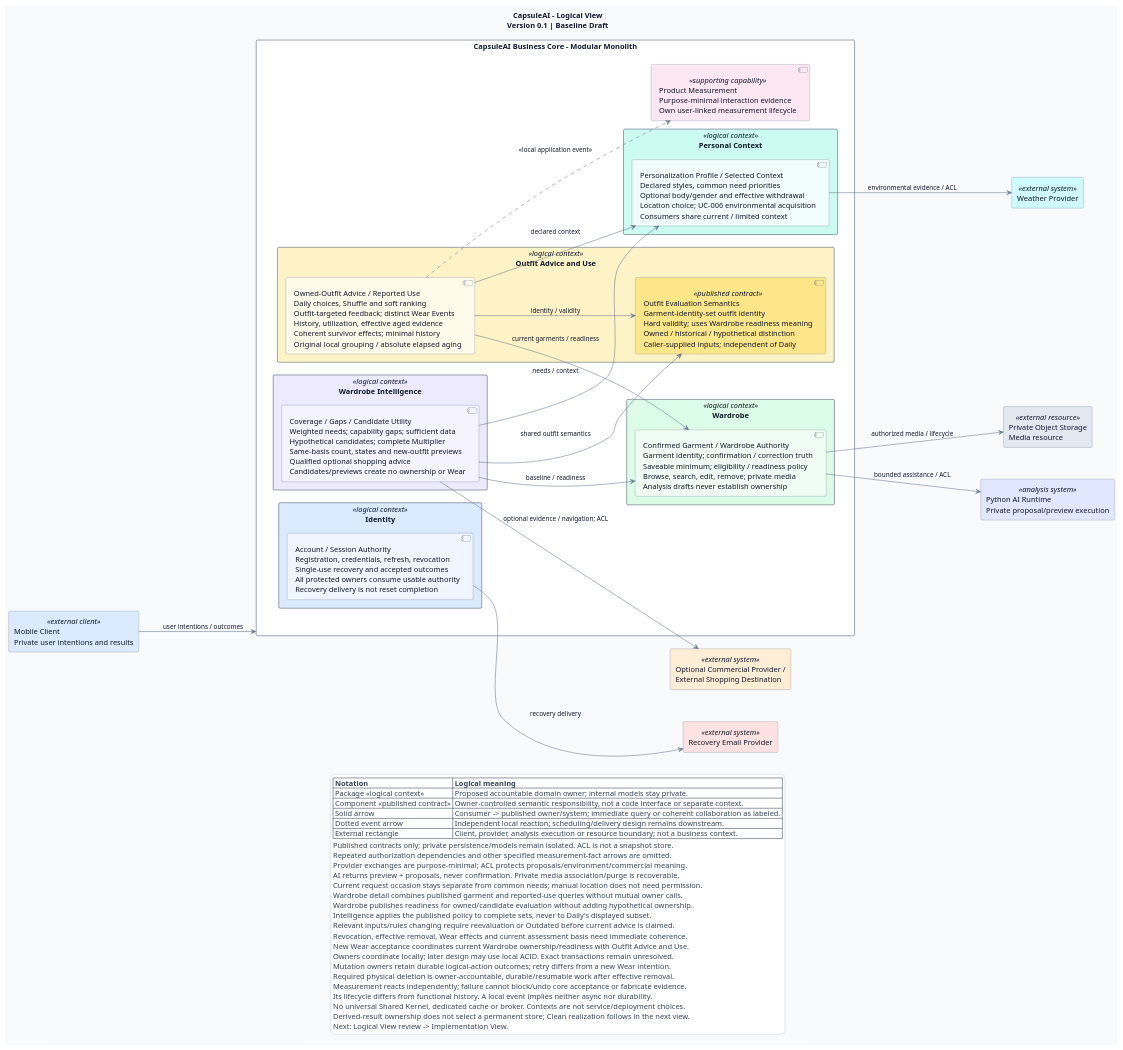
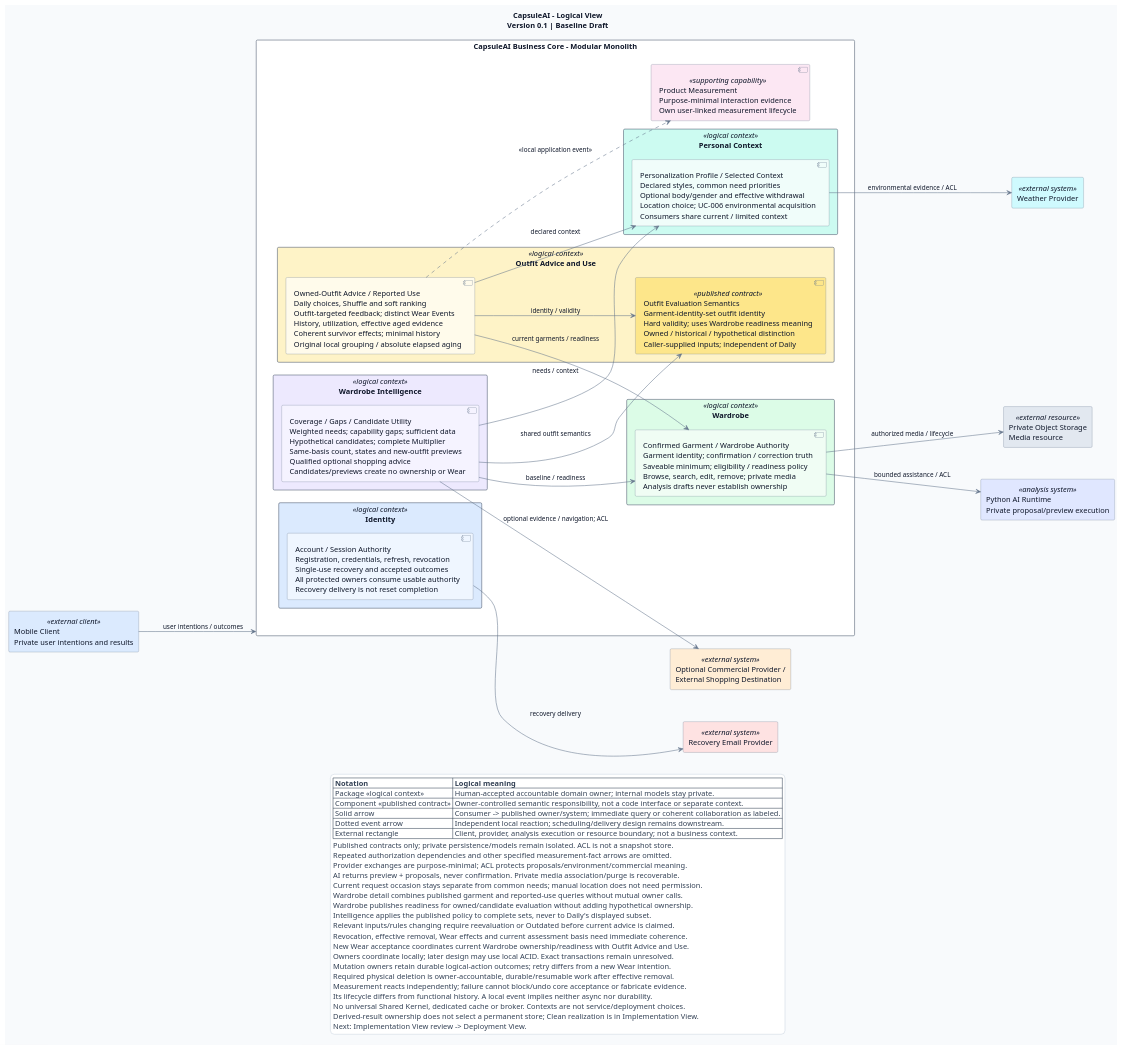
Before and after one commit to luubinhdeptrai/CapsuleAI: the diagram in docs/04-architecture/views/logical-view.puml, drawn with PlantUML. The commit also changed 8 other files, not shown here.

Commit message:
add Implementation view

```diff
--- a/docs/04-architecture/views/logical-view.puml
+++ b/docs/04-architecture/views/logical-view.puml
@@ -1,141 +1,142 @@
 @startuml
 ' Artifact: CapsuleAI Logical View
 ' Version: 0.1; Status: Baseline Draft; Date: 2026-10-10
 ' Source: ADD v0.1 + Selected Architecture Decisions v0.1.1 (ADA-001-018 Selected)
 ' Source versions are authoring baselines; navigation-only patches leave their meaning unchanged.
-' Scope: logical/domain responsibilities only; proposed boundaries for human review.
+' Scope: logical/domain responsibilities only; decomposition accepted by the human, 2026-10-10.
+' Navigation update only: Implementation View v0.1 exists; logical owners/dependencies unchanged.
 ' Note: not deployment, source-code/package, physical-data or detailed-contract design.
 ' Process: Initial files/CapsuleAI_Scrum_Development_Workflow.md, Sections 21/39-43/46.
 ' Requirements: BRD v0.3; PRD v0.2; SRS v0.3; Business Rules v0.1.2.
 ' Architecture: ADD Sections 3/5-10/12-13; ASR-SEC-001/002, REL-001/002,
 ' CON-001, PERF-001, INT-001, USE-001, TEST-001; existing QA scenarios unchanged.
 ' Whole repository re-read; per-boundary SRS/rules and all 23 UCs re-read before allocation.
 '
 ' Domain reasoning: capabilities -> invariants -> language -> owners -> boundaries -> contracts.
 ' Identity: CAP-01; UC-001-004/AD-004; FR-AUTH; BRULE-AUTH; DATA-AUTH-001/002/005.
 ' Separate access/recovery from optional advice context; profile completeness never gates access.
 ' Personal Context: CAP-01; UC-005/006/AD-006; FR-PROF/WEATHER; BRULE-PROF.
 ' Keep selected environmental acquisition with personal context; no Weather bounded context.
 ' Wardrobe: CAP-02-04; UC-007-010/AD-007; FR-AI/GAR/WAR; BRULE-GAR; DATA-GAR.
 ' AI assistance and media lifecycle stay inside the confirmed-garment owner's responsibility.
 ' Outfit Advice and Use: CAP-05/06 + reported-use CAP-07; UC-011-018;
 ' AD-011/012/014/016/017; BRULE-OUT/PERS/WEAR/HIST; DATA-OUT/WEAR/HIST.
 ' Combine styling and behavior to keep exact targets, survivor effects and ranking coherent,
 ' avoiding mutual context calls; semantic evaluation is published separately within this owner.
 ' Wardrobe Intelligence: Coverage CAP-07 + CAP-08-10; UC-019-023;
 ' AD-019/020/021/022; BRULE-COV/GAP/MULT/SHOP; DATA-ANL-001-004.
 ' Keep capability gaps and complete candidate utility together; no separate Catalog/Commerce BC.
 ' Product Measurement: supporting responsibility, FR-MET-001-007/DATA-RET-003; no actor goal.
 ' Extraction review: Identity adds current-authority remote coupling; Context adds freshness/
 ' withdrawal coupling; Wardrobe adds confirmation/removal/media coherence; Outfit adds current
 ' wardrobe/context acceptance and basis coupling; Intelligence adds same-basis contract coupling.
 ' These are local collaborators today, not service assignments; no independent extraction driver.
 ' Review uncertainty: combined Outfit Advice and Use may merit later separation only with real
 ' change/ownership evidence; preserve one identity/validity owner and immediate survivor effects.
 
 title CapsuleAI - Logical View\nVersion 0.1 | Baseline Draft
 left to right direction
 skinparam monochrome false
 skinparam shadowing false
 skinparam backgroundColor #F8FAFC
 skinparam ArrowColor #64748B
 skinparam defaultFontColor #0F172A
 skinparam rectangle {
   BackgroundColor #F1F5F9
   BorderColor #64748B
   FontColor #0F172A
 }
 skinparam package {
   BorderColor #475569
   FontColor #0F172A
 }
 skinparam component {
   BorderColor #64748B
   FontColor #0F172A
 }
 skinparam legend {
   BackgroundColor #FFFFFF
   BorderColor #CBD5E1
   FontColor #334155
 }
 skinparam packageStyle rectangle
 skinparam componentStyle uml2
 skinparam defaultFontSize 14
 skinparam ArrowFontSize 12
 skinparam nodesep 60
 skinparam ranksep 90
 
 rectangle "Mobile Client\nPrivate user intentions and results" as Mobile <<external client>> #DBEAFE
 rectangle "Recovery Email Provider" as Email <<external system>> #FEE2E2
 rectangle "Weather Provider" as Weather <<external system>> #CFFAFE
 rectangle "Python AI Runtime\nPrivate proposal/preview execution" as AI <<analysis system>> #E0E7FF
 rectangle "Private Object Storage\nMedia resource" as Media <<external resource>> #E2E8F0
 rectangle "Optional Commercial Provider /\nExternal Shopping Destination" as Shopping <<external system>> #FFEDD5
 
 rectangle "CapsuleAI Business Core - Modular Monolith" as Core #FFFFFF {
     package "Identity" as Identity <<logical context>> #DBEAFE {
         component "Account / Session Authority\nRegistration, credentials, refresh, revocation\nSingle-use recovery and accepted outcomes\nAll protected owners consume usable authority\nRecovery delivery is not reset completion" as Access #EFF6FF
     }
     package "Personal Context" as Context <<logical context>> #CCFBF1 {
         component "Personalization Profile / Selected Context\nDeclared styles, common need priorities\nOptional body/gender and effective withdrawal\nLocation choice; UC-006 environmental acquisition\nConsumers share current / limited context" as Personal #F0FDFA
     }
     package "Wardrobe" as Wardrobe <<logical context>> #DCFCE7 {
         component "Confirmed Garment / Wardrobe Authority\nGarment identity; confirmation / correction truth\nSaveable minimum; eligibility / readiness policy\nBrowse, search, edit, remove; private media\nAnalysis drafts never establish ownership" as Garments #F0FDF4
     }
     package "Outfit Advice and Use" as Outfits <<logical context>> #FEF3C7 {
         component "Owned-Outfit Advice / Reported Use\nDaily choices, Shuffle and soft ranking\nOutfit-targeted feedback; distinct Wear Events\nHistory, utilization, effective aged evidence\nCoherent survivor effects; minimal history\nOriginal local grouping / absolute elapsed aging" as Advice #FFFBEB
         component "Outfit Evaluation Semantics\nGarment-identity-set outfit identity\nHard validity; uses Wardrobe readiness meaning\nOwned / historical / hypothetical distinction\nCaller-supplied inputs; independent of Daily" as Evaluation <<published contract>> #FDE68A
     }
     package "Wardrobe Intelligence" as Intelligence <<logical context>> #EDE9FE {
         component "Coverage / Gaps / Candidate Utility\nWeighted needs; capability gaps; sufficient data\nHypothetical candidates; complete Multiplier\nSame-basis count, states and new-outfit previews\nQualified optional shopping advice\nCandidates/previews create no ownership or Wear" as Assessments #F5F3FF
     }
     component "Product Measurement\nPurpose-minimal interaction evidence\nOwn user-linked measurement lifecycle" as Measurement <<supporting capability>> #FCE7F3
 }
 
 ' Dependencies point from consumer to the owner/system whose published meaning it needs.
 Mobile --> Core : user intentions / outcomes
 Access --> Email : recovery delivery
 Personal --> Weather : environmental evidence / ACL
 Garments --> AI : bounded assistance / ACL
 Garments --> Media : authorized media / lifecycle
 
 Advice --> Garments : current garments / readiness
 Advice --> Personal : declared context
 Advice --> Evaluation : identity / validity
 Assessments --> Garments : baseline / readiness
 Assessments --> Personal : needs / context
 Assessments --> Evaluation : shared outfit semantics
 Assessments --> Shopping : optional evidence / navigation; ACL
 
 ' One representative event dependency; other FR-MET interactions use the same supporting owner.
 Advice ..> Measurement : <<local application event>>
 
 legend bottom
   |= Notation |= Logical meaning |
-  | Package <<logical context>> | Proposed accountable domain owner; internal models stay private. |
+  | Package <<logical context>> | Human-accepted accountable domain owner; internal models stay private. |
   | Component <<published contract>> | Owner-controlled semantic responsibility, not a code interface or separate context. |
   | Solid arrow | Consumer -> published owner/system; immediate query or coherent collaboration as labeled. |
   | Dotted event arrow | Independent local reaction; scheduling/delivery design remains downstream. |
   | External rectangle | Client, provider, analysis execution or resource boundary; not a business context. |
   Published contracts only; private persistence/models remain isolated. ACL is not a snapshot store.
   Repeated authorization dependencies and other specified measurement-fact arrows are omitted.
   Provider exchanges are purpose-minimal; ACL protects proposals/environment/commercial meaning.
   AI returns preview + proposals, never confirmation. Private media association/purge is recoverable.
   Current request occasion stays separate from common needs; manual location does not need permission.
   Wardrobe detail combines published garment and reported-use queries without mutual owner calls.
   Wardrobe publishes readiness for owned/candidate evaluation without adding hypothetical ownership.
   Intelligence applies the published policy to complete sets, never to Daily's displayed subset.
   Relevant inputs/rules changing require reevaluation or Outdated before current advice is claimed.
   Revocation, effective removal, Wear effects and current assessment basis need immediate coherence.
   New Wear acceptance coordinates current Wardrobe ownership/readiness with Outfit Advice and Use.
   Owners coordinate locally; later design may use local ACID. Exact transactions remain unresolved.
   Mutation owners retain durable logical-action outcomes; retry differs from a new Wear intention.
   Required physical deletion is owner-accountable, durable/resumable work after effective removal.
   Measurement reacts independently; failure cannot block/undo core acceptance or fabricate evidence.
   Its lifecycle differs from functional history. A local event implies neither async nor durability.
   No universal Shared Kernel, dedicated cache or broker. Contexts are not service/deployment choices.
-  Derived-result ownership does not select a permanent store; Clean realization follows in the next view.
-  Next: Logical View review -> Implementation View.
+  Derived-result ownership does not select a permanent store; Clean realization is in Implementation View.
+  Next: Implementation View review -> Deployment View.
 endlegend
 
 @enduml
```
